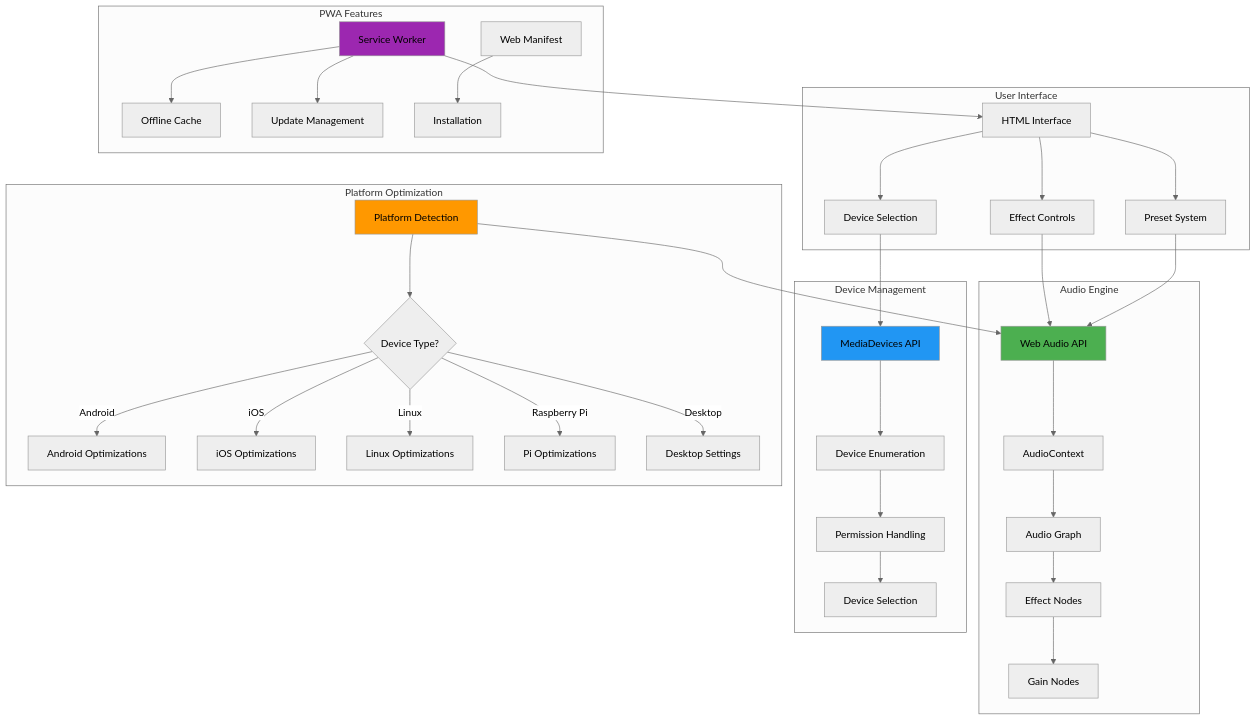
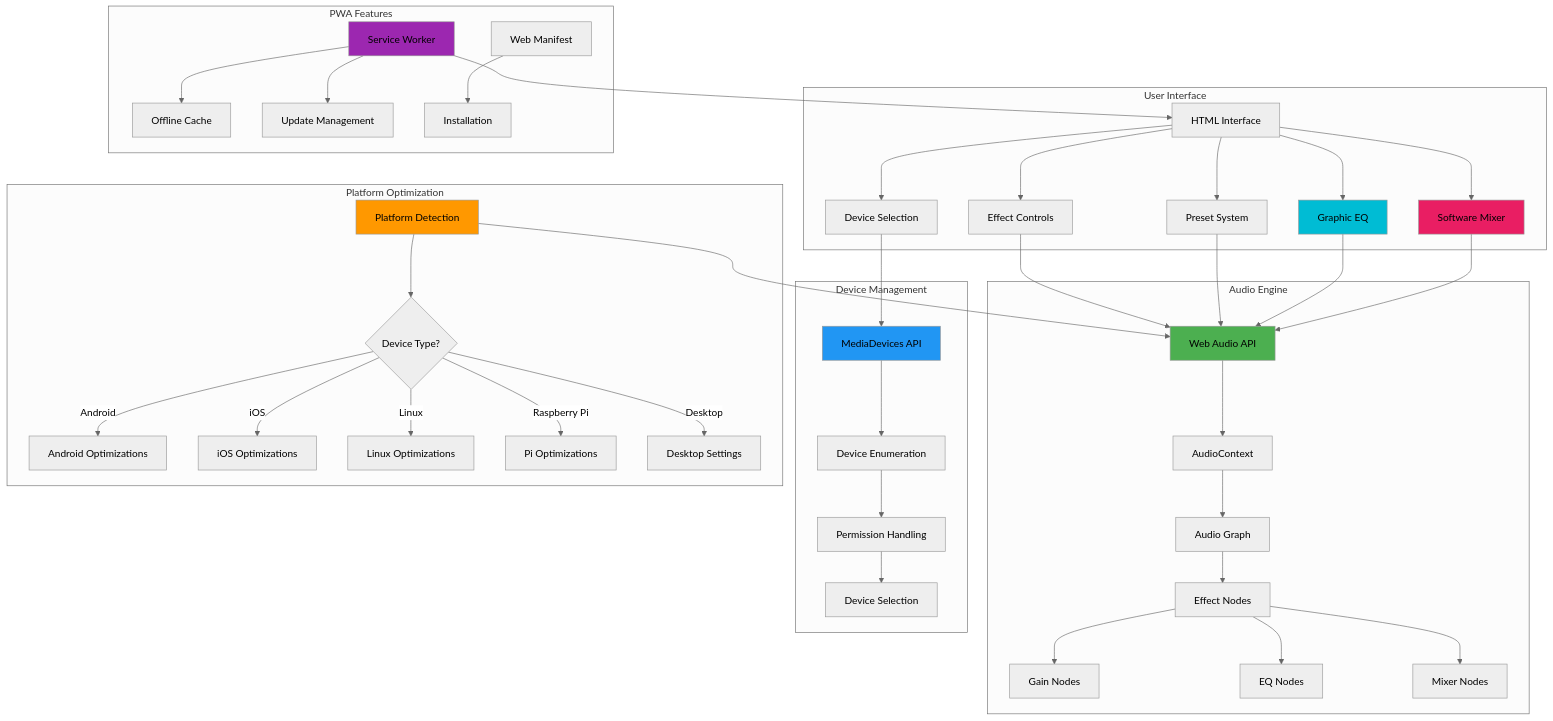
One commit to CptNope/Vader-Vocoder-PWA changed the fourth of 6 diagrams in README.md. Above: the diagram before and after it, drawn with Mermaid (neutral theme). The commit also changed other lines of this file and 4 other files, not shown here.

Commit message:
feat: add 10-band graphic EQ and 4-channel software mixer with metering

````diff
--- a/README.md
+++ b/README.md
@@ -351,47 +467,55 @@
 ```mermaid
 graph TB
     subgraph "User Interface"
         A[HTML Interface] --> B[Device Selection]
         A --> C[Effect Controls]
         A --> D[Preset System]
+        A --> E[Graphic EQ]
+        A --> F[Software Mixer]
     end
     
     subgraph "Audio Engine"
-        E[Web Audio API] --> F[AudioContext]
-        F --> G[Audio Graph]
-        G --> H[Effect Nodes]
-        H --> I[Gain Nodes]
+        G[Web Audio API] --> H[AudioContext]
+        H --> I[Audio Graph]
+        I --> J[Effect Nodes]
+        J --> K[Gain Nodes]
+        J --> L[EQ Nodes]
+        J --> M[Mixer Nodes]
     end
     
     subgraph "Device Management"
-        J[MediaDevices API] --> K[Device Enumeration]
-        K --> L[Permission Handling]
-        L --> M[Device Selection]
+        N[MediaDevices API] --> O[Device Enumeration]
+        O --> P[Permission Handling]
+        P --> Q[Device Selection]
     end
     
     subgraph "Platform Optimization"
-        N[Platform Detection] --> O{Device Type?}
-        O -->|Android| P[Android Optimizations]
-        O -->|iOS| Q[iOS Optimizations]
-        O -->|Linux| R[Linux Optimizations]
-        O -->|Raspberry Pi| S[Pi Optimizations]
-        O -->|Desktop| T[Desktop Settings]
+        R[Platform Detection] --> S{Device Type?}
+        S -->|Android| T[Android Optimizations]
+        S -->|iOS| U[iOS Optimizations]
+        S -->|Linux| V[Linux Optimizations]
+        S -->|Raspberry Pi| W[Pi Optimizations]
+        S -->|Desktop| X[Desktop Settings]
     end
     
     subgraph "PWA Features"
-        U[Service Worker] --> V[Offline Cache]
-        U --> W[Update Management]
-        X[Web Manifest] --> Y[Installation]
+        Y[Service Worker] --> Z[Offline Cache]
+        Y --> AA[Update Management]
+        AB[Web Manifest] --> AC[Installation]
     end
     
-    B --> J
-    C --> E
-    D --> E
-    N --> E
-    U --> A
+    B --> N
+    C --> G
+    D --> G
+    E --> G
+    F --> G
+    R --> G
+    Y --> A
     
-    style E fill:#4CAF50
-    style J fill:#2196F3
-    style N fill:#FF9800
-    style U fill:#9C27B0
+    style G fill:#4CAF50
+    style N fill:#2196F3
+    style R fill:#FF9800
+    style Y fill:#9C27B0
+    style E fill:#00BCD4
+    style F fill:#E91E63
 ```
````
